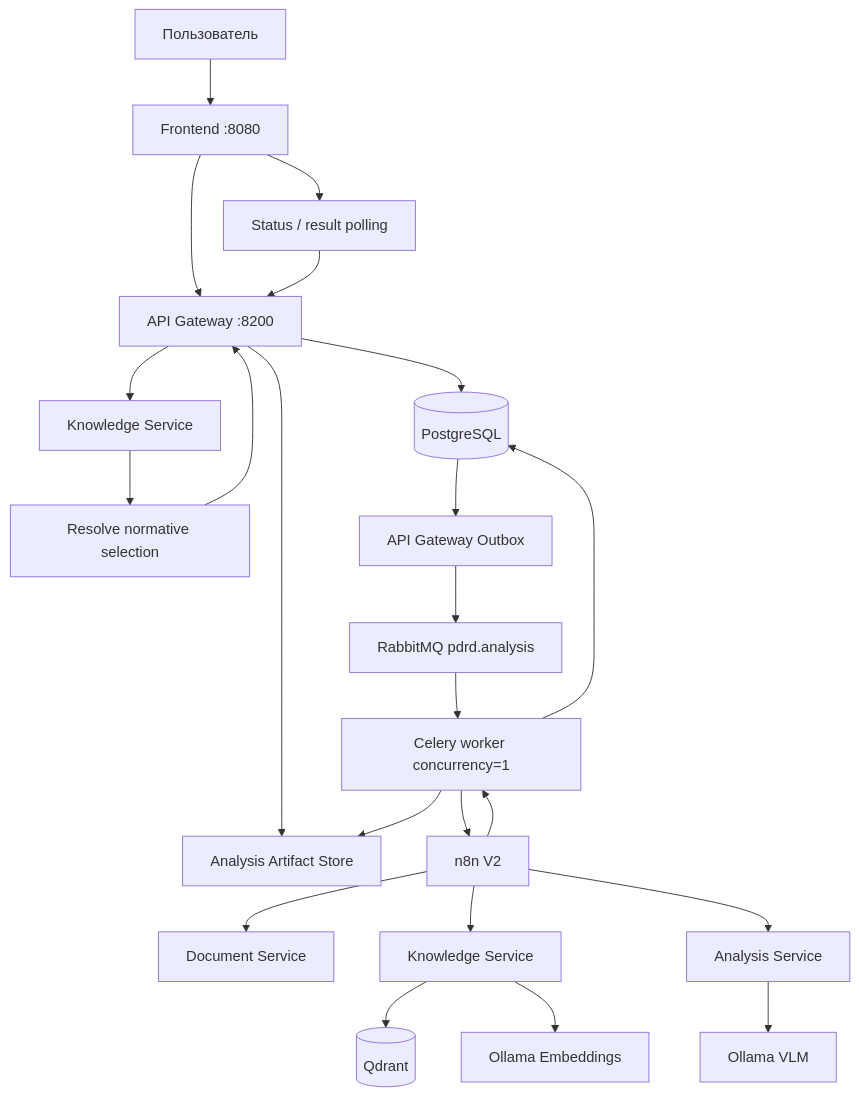
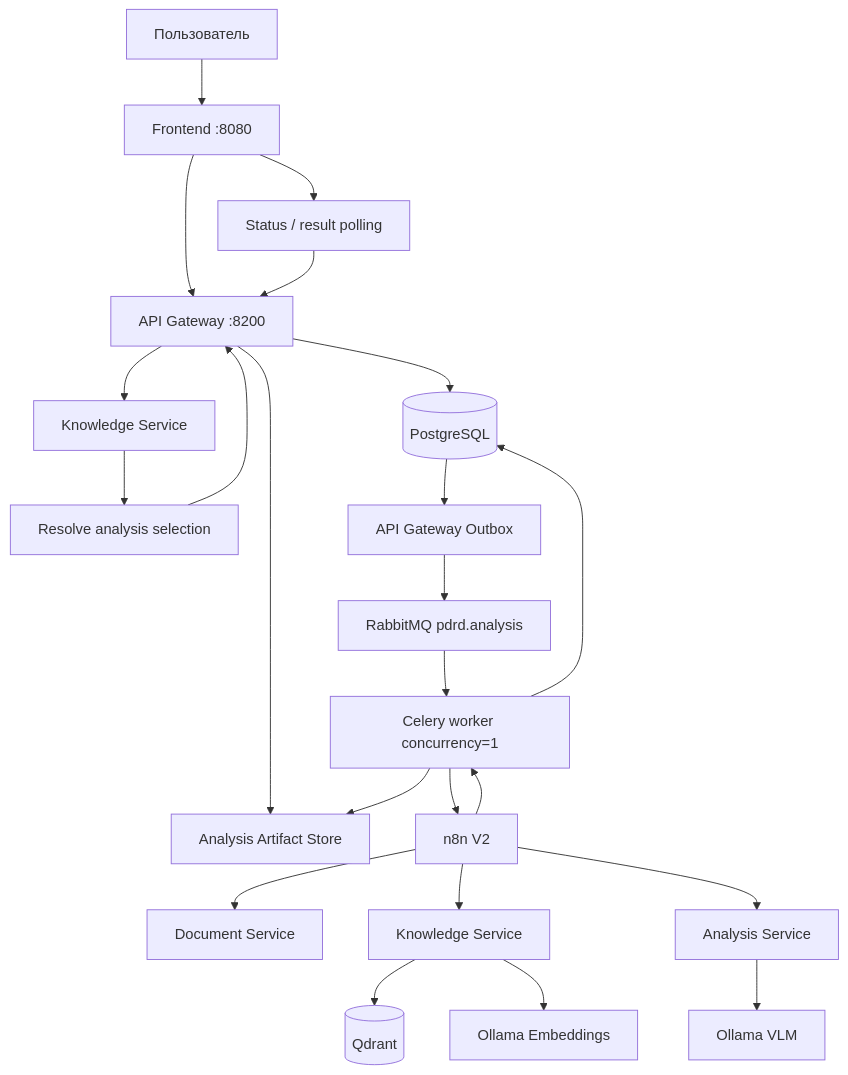
One commit to Amadu-A/PDRD-validation changed the first of 9 diagrams in README.md. Above: the diagram before and after it, drawn with Mermaid. The commit also changed other lines of this file and 37 other files, not shown here.

````diff
--- a/README.md
+++ b/README.md
@@ -106,31 +115,31 @@
 ```mermaid
 flowchart TD
-    U[Пользователь] --> FE[Frontend :8080]
-    FE --> GW[API Gateway :8200]
+    U["Пользователь"] --> FE["Frontend :8080"]
+    FE --> GW["API Gateway :8200"]
 
-    GW --> FS[Analysis Artifact Store]
-    GW --> KS[Knowledge Service]
-    KS --> RESOLVE[Resolve normative selection]
+    GW --> FS["Analysis Artifact Store"]
+    GW --> KS["Knowledge Service"]
+    KS --> RESOLVE["Resolve analysis selection"]
     RESOLVE --> GW
 
-    GW --> PG[(PostgreSQL)]
-    PG --> O[API Gateway Outbox]
-    O --> RMQ[RabbitMQ pdrd.analysis]
-    RMQ --> W[Celery worker concurrency=1]
-    W --> N8N[n8n V2]
+    GW --> PG[("PostgreSQL")]
+    PG --> O["API Gateway Outbox"]
+    O --> RMQ["RabbitMQ pdrd.analysis"]
+    RMQ --> W["Celery worker concurrency=1"]
+    W --> N8N["n8n V2"]
 
-    N8N --> DS[Document Service]
-    N8N --> KS2[Knowledge Service]
-    N8N --> AS[Analysis Service]
+    N8N --> DS["Document Service"]
+    N8N --> KS2["Knowledge Service"]
+    N8N --> AS["Analysis Service"]
 
-    KS2 --> QD[(Qdrant)]
-    KS2 --> EMB[Ollama Embeddings]
-    AS --> VLM[Ollama VLM]
+    KS2 --> QD[("Qdrant")]
+    KS2 --> EMB["Ollama Embeddings"]
+    AS --> VLM["Ollama VLM"]
 
     N8N --> W
     W --> PG
     W --> FS
 
-    FE --> POLL[Status / result polling]
+    FE --> POLL["Status / result polling"]
     POLL --> GW
 ```
````
